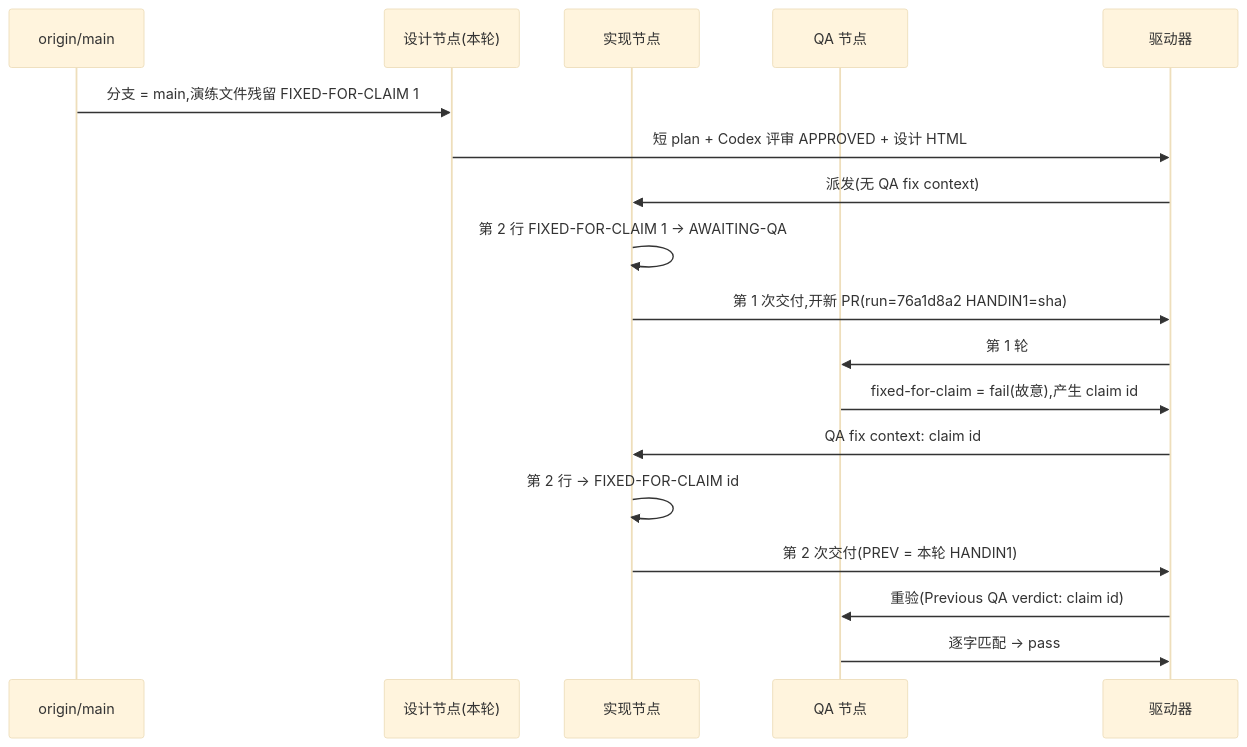
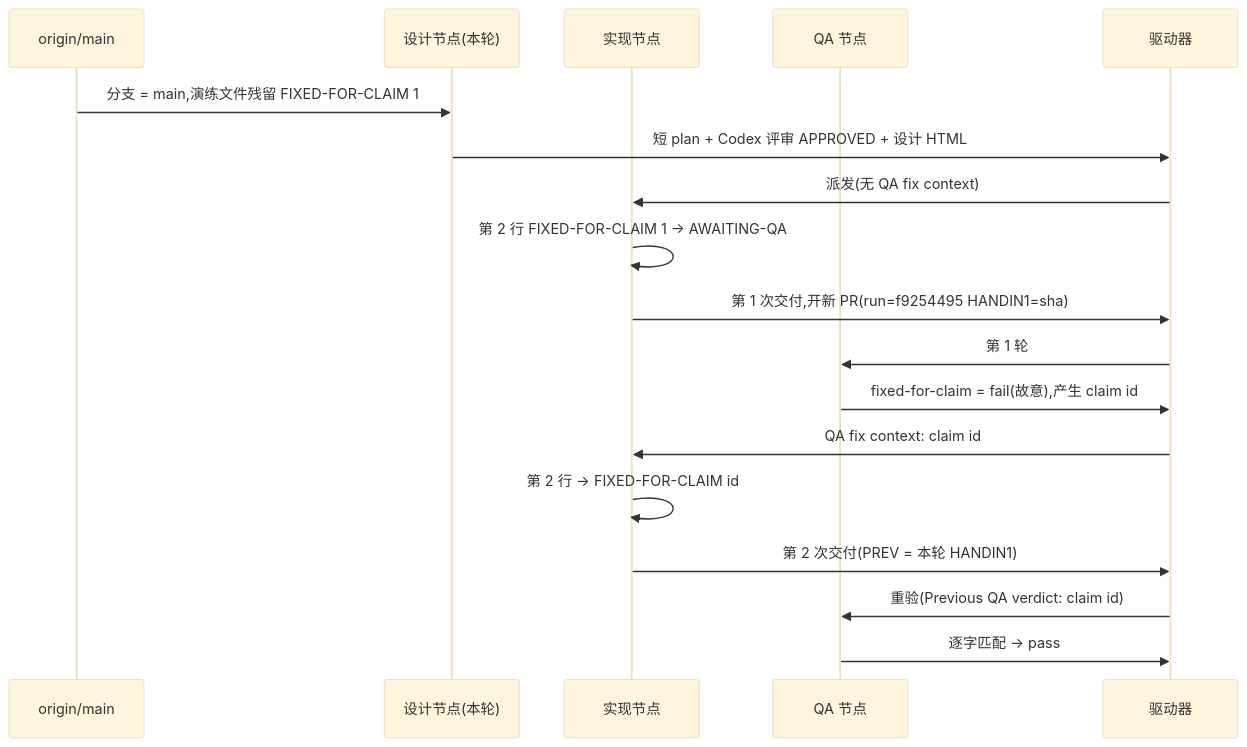
One commit to xrliAnnie/flywheel-qa-sandbox changed the diagram in engineering/doc/FLY-3150-real-runner-drill/d1-core-flow.mmd. Above: the diagram before and after it, drawn with Mermaid (base theme). The commit also changed 2 other files, not shown here.

Commit message:
docs(qa-sbx): FLY-3150 founder design HTML for run f9254495

```diff
--- a/engineering/doc/FLY-3150-real-runner-drill/d1-core-flow.mmd
+++ b/engineering/doc/FLY-3150-real-runner-drill/d1-core-flow.mmd
@@ -1,18 +1,18 @@
 sequenceDiagram
     participant M as origin/main
     participant S as 设计节点(本轮)
     participant I as 实现节点
     participant Q as QA 节点
     participant D as 驱动器
     M->>S: 分支 = main,演练文件残留 FIXED-FOR-CLAIM 1
     S->>D: 短 plan + Codex 评审 APPROVED + 设计 HTML
     D->>I: 派发(无 QA fix context)
     I->>I: 第 2 行 FIXED-FOR-CLAIM 1 → AWAITING-QA
-    I->>D: 第 1 次交付,开新 PR(run=76a1d8a2 HANDIN1=sha)
+    I->>D: 第 1 次交付,开新 PR(run=f9254495 HANDIN1=sha)
     D->>Q: 第 1 轮
     Q->>D: fixed-for-claim = fail(故意),产生 claim id
     D->>I: QA fix context: claim id
     I->>I: 第 2 行 → FIXED-FOR-CLAIM id
     I->>D: 第 2 次交付(PREV = 本轮 HANDIN1)
     D->>Q: 重验(Previous QA verdict: claim id)
     Q->>D: 逐字匹配 → pass
```
